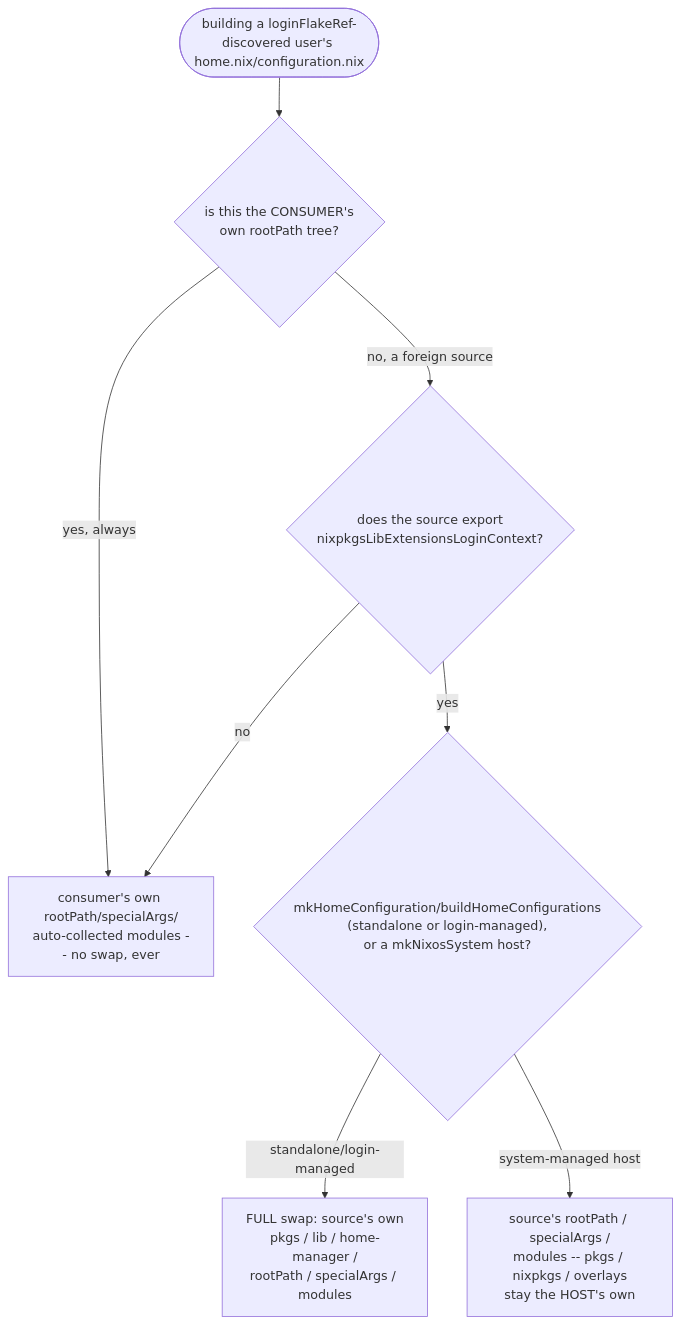
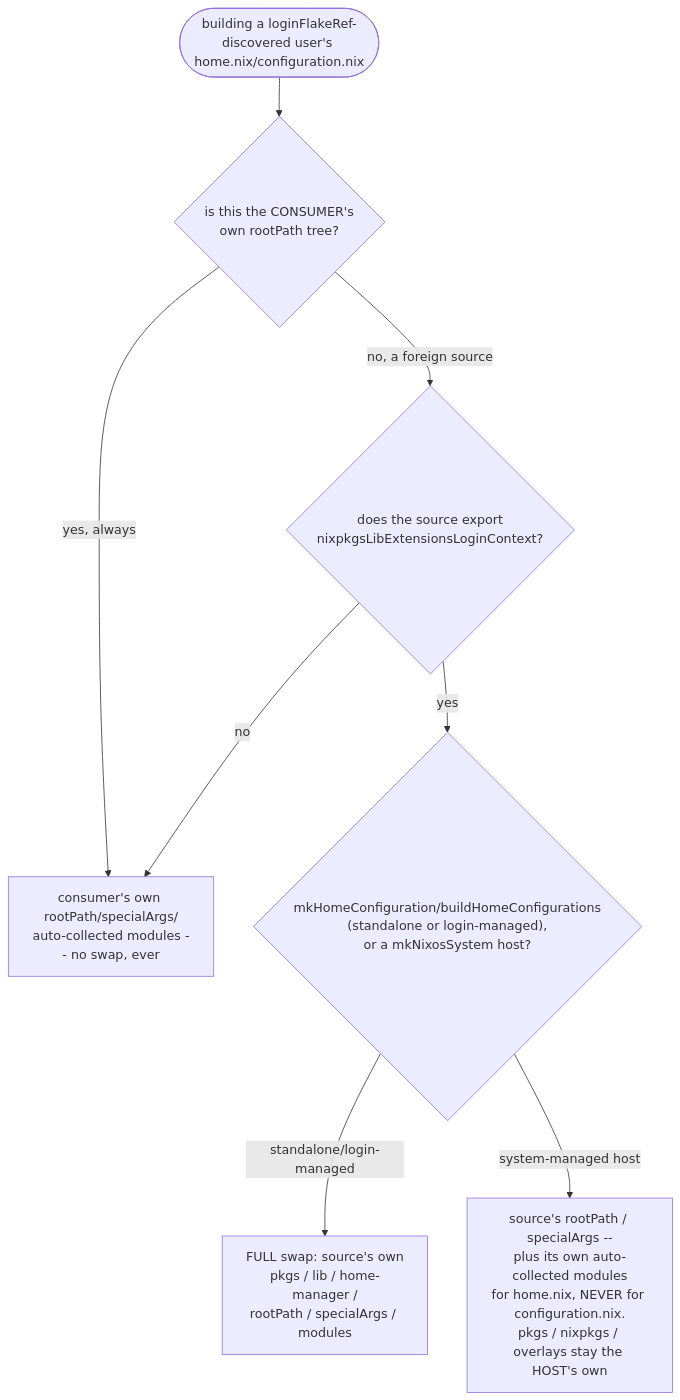
The third of 4 diagrams in docs/getting-started.md (dvaerum/nixpkgs-lib-extensions), drawn with Mermaid before and after one commit. The commit also changed other lines of this file and 4 other files, not shown here.

````diff
--- a/docs/getting-started.md
+++ b/docs/getting-started.md
@@ -400,10 +405,10 @@
 ```mermaid
 flowchart TD
     A(["building a loginFlakeRef-discovered user's home.nix/configuration.nix"]) --> B{"is this the CONSUMER's<br/>own rootPath tree?"}
     B -->|yes, always| C["consumer's own rootPath/specialArgs/<br/>auto-collected modules -- no swap, ever"]
     B -->|no, a foreign source| D{"does the source export<br/>nixpkgsLibExtensionsLoginContext?"}
     D -->|no| C
     D -->|yes| E{"mkHomeConfiguration/buildHomeConfigurations<br/>(standalone or login-managed),<br/>or a mkNixosSystem host?"}
     E -->|standalone/login-managed| F["FULL swap: source's own<br/>pkgs / lib / home-manager /<br/>rootPath / specialArgs / modules"]
-    E -->|system-managed host| G["source's rootPath / specialArgs /<br/>modules -- pkgs / nixpkgs / overlays<br/>stay the HOST's own"]
+    E -->|system-managed host| G["source's rootPath / specialArgs --<br/>plus its own auto-collected modules<br/>for home.nix, NEVER for configuration.nix.<br/>pkgs / nixpkgs / overlays stay the HOST's own"]
 ```
````
